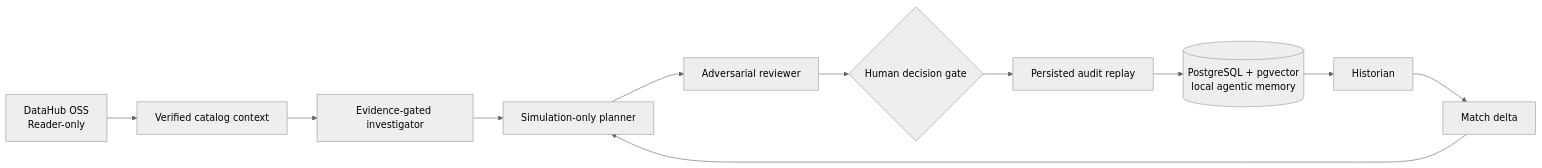
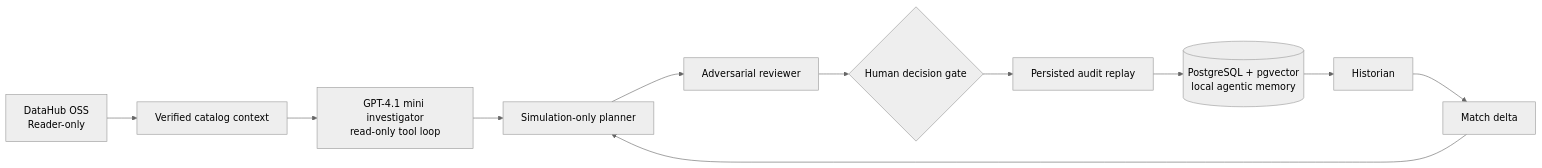
One commit to resilientbeast/EvidenceOps changed the diagram in SPEC.md. Above: the diagram before and after it, drawn with Mermaid (neutral theme). The commit also changed other lines of this file and 24 other files, not shown here.

````diff
--- a/SPEC.md
+++ b/SPEC.md
@@ -84,13 +94,13 @@
 ```mermaid
 flowchart LR
   DH["DataHub OSS\nReader-only"] --> CTX["Verified catalog context"]
-  CTX --> INV["Evidence-gated investigator"]
+  CTX --> INV["GPT-4.1 mini investigator\nread-only tool loop"]
   PG[("PostgreSQL + pgvector\nlocal agentic memory")] --> HIST["Historian"]
   HIST --> DELTA["Match delta"]
   INV --> PLAN["Simulation-only planner"]
   DELTA --> PLAN
   PLAN --> REVIEW["Adversarial reviewer"]
   REVIEW --> GATE{"Human decision gate"}
   GATE --> AUDIT["Persisted audit replay"]
   AUDIT --> PG
 ```
````
